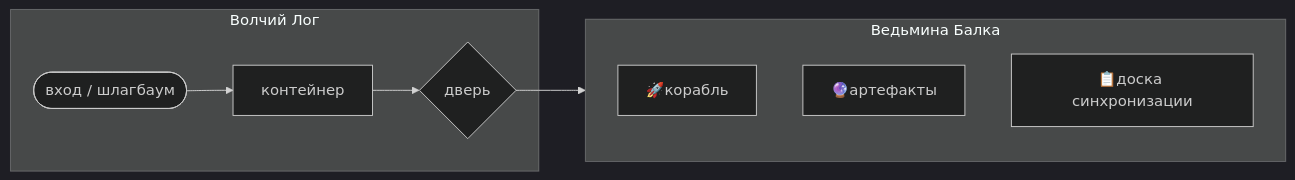
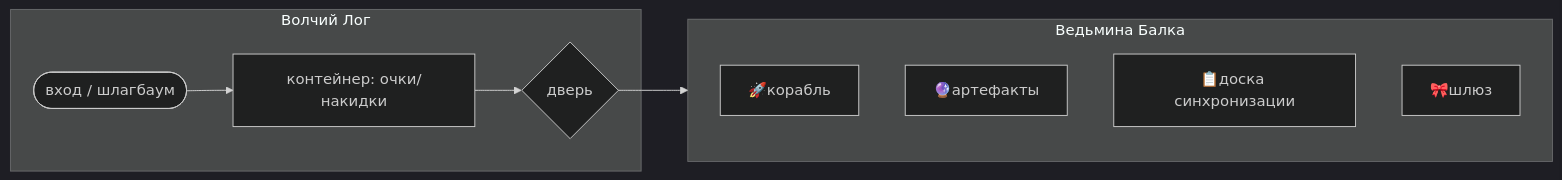
Before and after one commit to Yuhmik/formula_kontakta: the first of 2 diagrams in Пришельцы.md, drawn with Mermaid (dark theme). The commit also changed other lines of this file and 15 other files, not shown here.

````diff
--- a/Пришельцы.md
+++ b/Пришельцы.md
@@ -482,13 +542,14 @@
 ```mermaid
 flowchart LR
     subgraph A[Волчий Лог]
-        A1([вход / шлагбаум]) --> A2[контейнер]
+        A1([вход / шлагбаум]) --> A2[контейнер: очки/накидки]
         A2 --> A3{дверь}
     end
     subgraph B[Ведьмина Балка]
         B1[🚀корабль]
         B2[🔮артефакты]
         B3[📋доска синхронизации]
+        B4[🎀шлюз]
     end
     A3 --> B
 ```
````
